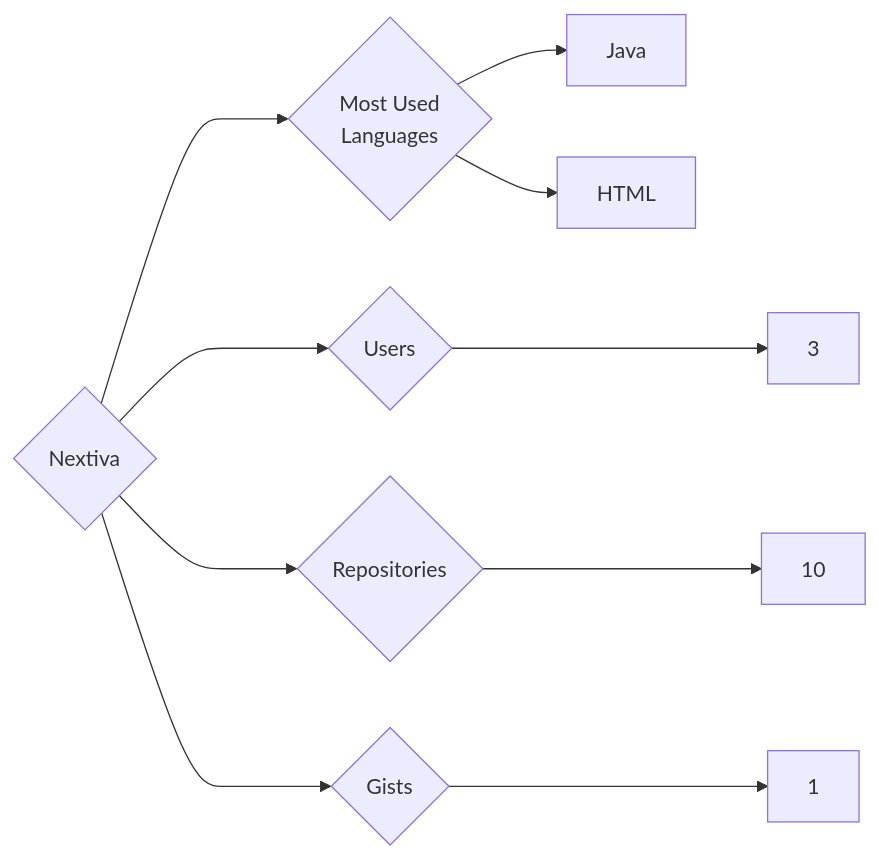
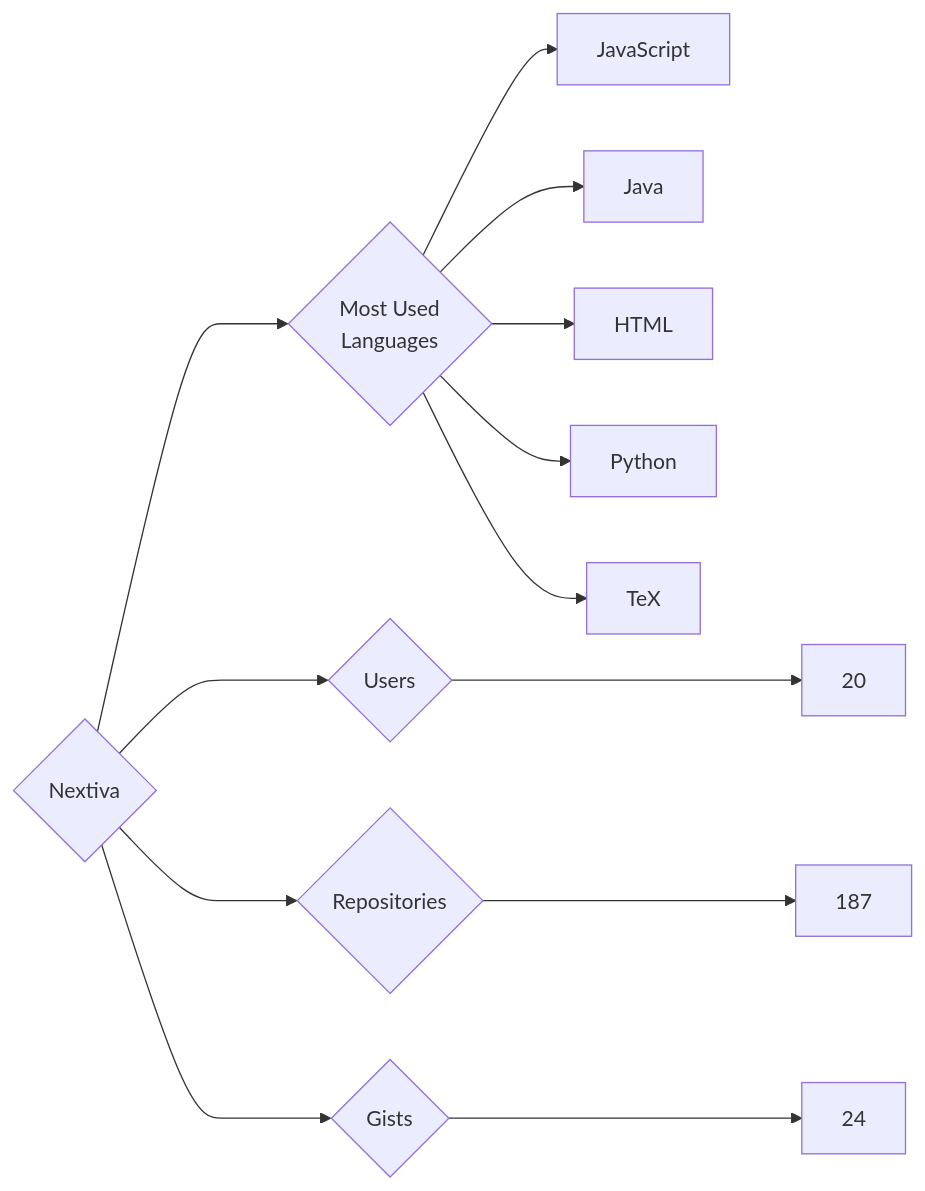
One commit to trickest/insiders changed the diagram in targets/Nextiva/README.md. Above: the diagram before and after it, drawn with Mermaid. The commit also changed 677 other files, not shown here.

````diff
--- a/targets/Nextiva/README.md
+++ b/targets/Nextiva/README.md
@@ -3,10 +3,13 @@
 ```mermaid
 graph LR
 COMPANY_NAME{Nextiva}
-COMPANY_NAME ---> U{Users} ---> UN[3]
-COMPANY_NAME ---> R{Repositories} ---> RN[10]
-COMPANY_NAME ---> G{Gists} ---> GN[1]
+COMPANY_NAME ---> U{Users} ---> UN[20]
+COMPANY_NAME ---> R{Repositories} ---> RN[187]
+COMPANY_NAME ---> G{Gists} ---> GN[24]
 COMPANY_NAME ---> ML{Most Used<br>Languages}
+ML --> JavaScript[JavaScript]
 ML --> Java[Java]
 ML --> HTML[HTML]
+ML --> Python[Python]
+ML --> TeX[TeX]
 ```
````
